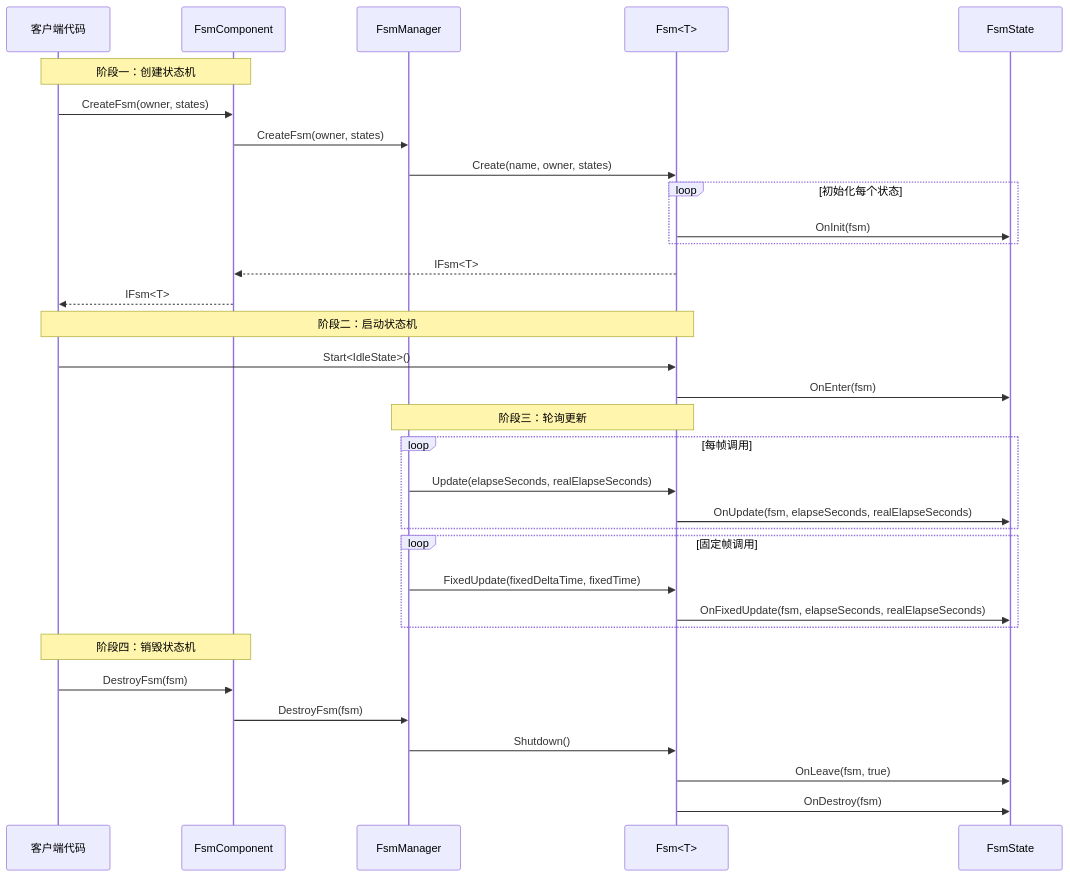
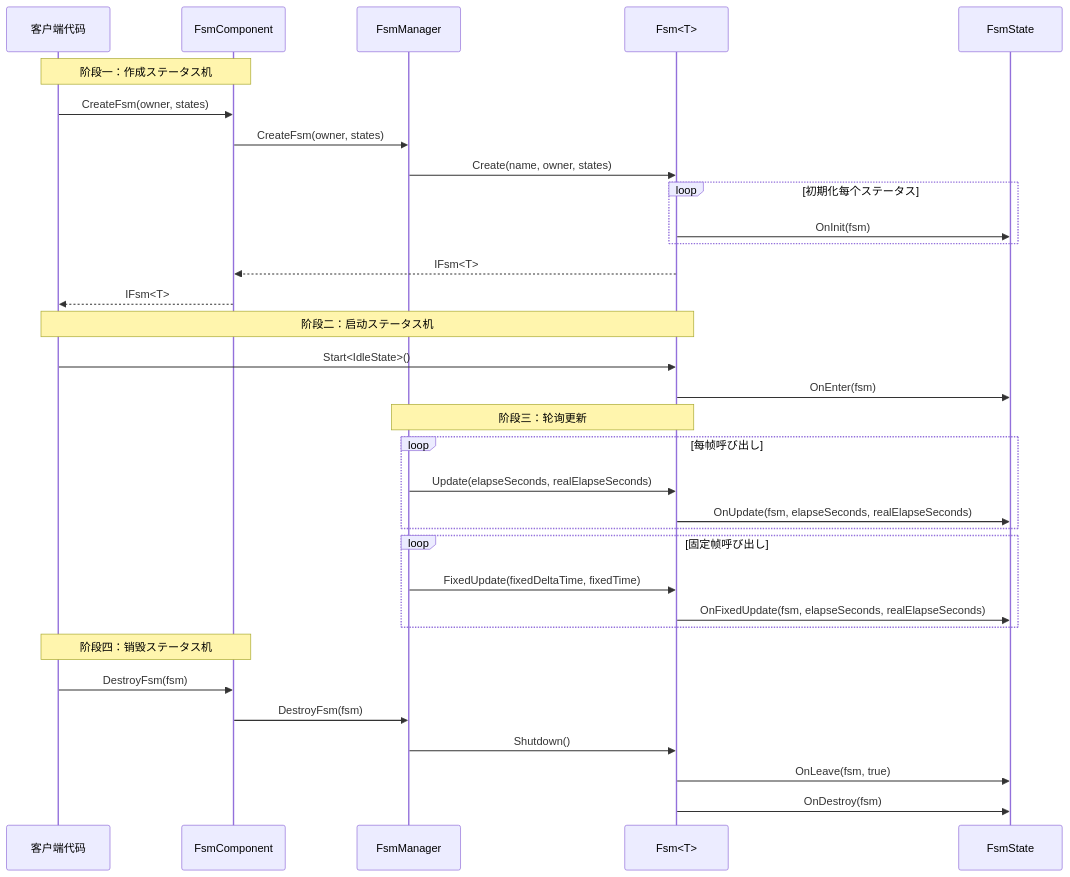
Before and after one commit to AlianBlank/GameFrameX.Docs: the fourth of 4 diagrams in docs/ja/client/unity/component/fsm/01.overview.md, drawn with Mermaid. The commit also changed other lines of this file and 603 other files, not shown here.

````diff
--- a/docs/ja/client/unity/component/fsm/01.overview.md
+++ b/docs/ja/client/unity/component/fsm/01.overview.md
@@ -246,39 +246,39 @@
 ```mermaid
 sequenceDiagram
     participant Client as 客户端代码
     participant FsmComponent as FsmComponent
     participant FsmManager as FsmManager
     participant Fsm as Fsm<T>
     participant State as FsmState
 
-    Note over Client,FsmComponent: 阶段一：创建状态机
+    Note over Client,FsmComponent: 阶段一：作成ステータス机
     Client->>FsmComponent: CreateFsm(owner, states)
     FsmComponent->>FsmManager: CreateFsm(owner, states)
     FsmManager->>Fsm: Create(name, owner, states)
-    loop 初始化每个状态
+    loop 初期化每个ステータス
         Fsm->>State: OnInit(fsm)
     end
     Fsm-->>FsmComponent: IFsm<T>
     FsmComponent-->>Client: IFsm<T>
 
-    Note over Client,Fsm: 阶段二：启动状态机
+    Note over Client,Fsm: 阶段二：启动ステータス机
     Client->>Fsm: Start<IdleState>()
     Fsm->>State: OnEnter(fsm)
 
     Note over FsmManager,Fsm: 阶段三：轮询更新
-    loop 每帧调用
+    loop 每帧呼び出し
         FsmManager->>Fsm: Update(elapseSeconds, realElapseSeconds)
         Fsm->>State: OnUpdate(fsm, elapseSeconds, realElapseSeconds)
     end
-    loop 固定帧调用
+    loop 固定帧呼び出し
         FsmManager->>Fsm: FixedUpdate(fixedDeltaTime, fixedTime)
         Fsm->>State: OnFixedUpdate(fsm, elapseSeconds, realElapseSeconds)
     end
 
-    Note over Client,FsmComponent: 阶段四：销毁状态机
+    Note over Client,FsmComponent: 阶段四：销毁ステータス机
     Client->>FsmComponent: DestroyFsm(fsm)
     FsmComponent->>FsmManager: DestroyFsm(fsm)
     FsmManager->>Fsm: Shutdown()
     Fsm->>State: OnLeave(fsm, true)
     Fsm->>State: OnDestroy(fsm)
 ```
````
